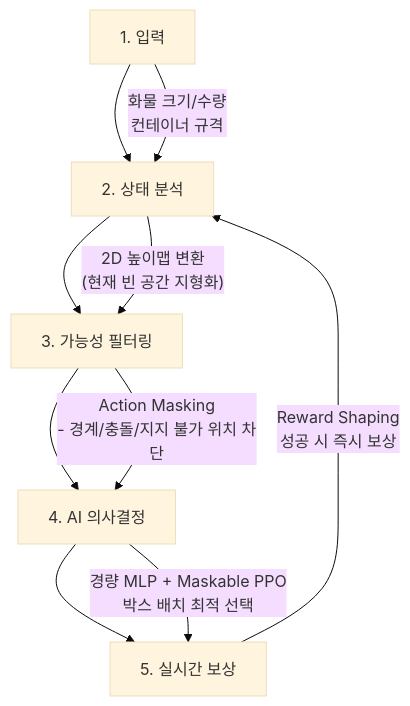
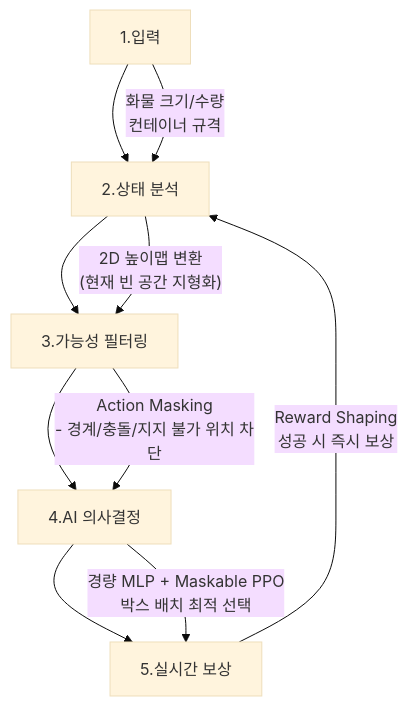
Diagram 23 of 25 in docs/커서chat내용Export/커서Q&A0823a-사장보고서.md (minajwsy/RL-3DbinPacking), drawn with Mermaid (base theme) before and after one commit. The commit also changed other lines of this file, not shown here.

````diff
--- a/docs/커서chat내용Export/커서Q&A0823a-사장보고서.md
+++ b/docs/커서chat내용Export/커서Q&A0823a-사장보고서.md
@@ -938,13 +938,13 @@
 ```mermaid
 flowchart TD
-    A[1. 입력] --> B[2. 상태 분석]
-    B --> C[3. 가능성 필터링]
-    C --> D[4. AI 의사결정]
-    D --> E[5. 실시간 보상]
+    A[1.입력] --> B[2.상태 분석]
+    B --> C[3.가능성 필터링]
+    C --> D[4.AI 의사결정]
+    D --> E[5.실시간 보상]
     
     A -->|"화물 크기/수량<br>컨테이너 규격"| B
     B -->|"2D 높이맵 변환<br>(현재 빈 공간 지형화)"| C
     C -->|"Action Masking<br>- 경계/충돌/지지 불가 위치 차단"| D
     D -->|"경량 MLP + Maskable PPO<br>박스 배치 최적 선택"| E
     E -->|"Reward Shaping<br>성공 시 즉시 보상"| B
 ```
````
